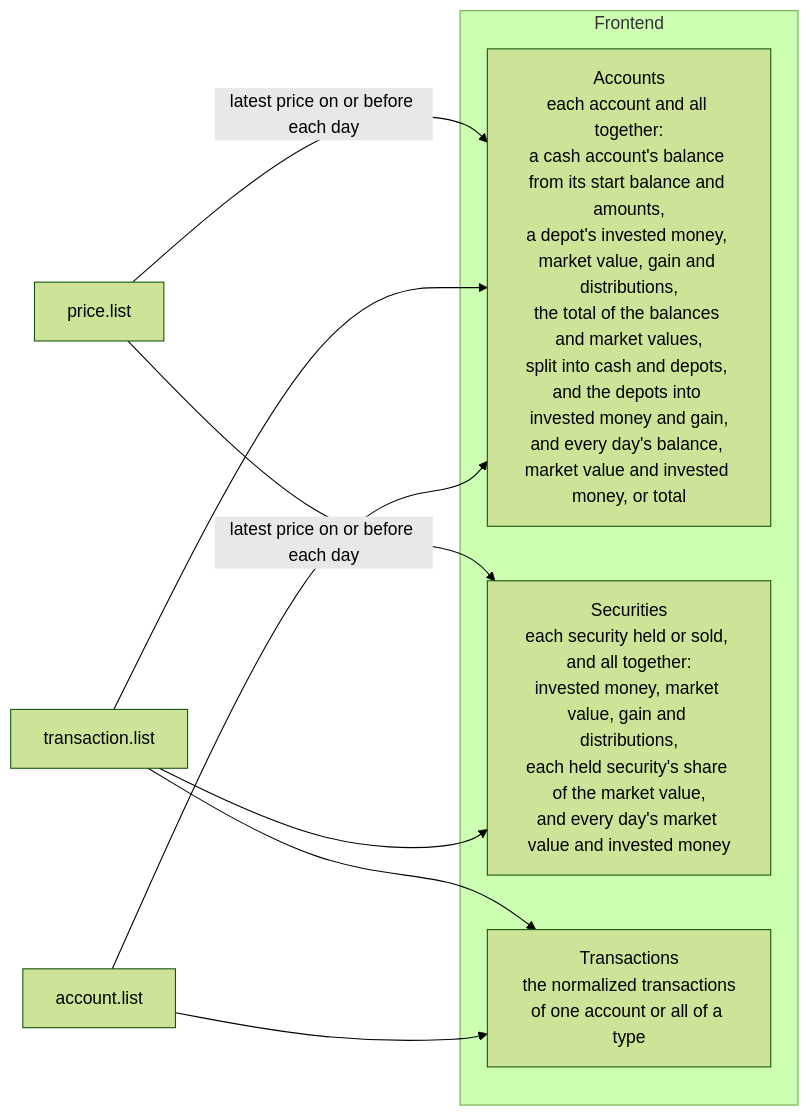
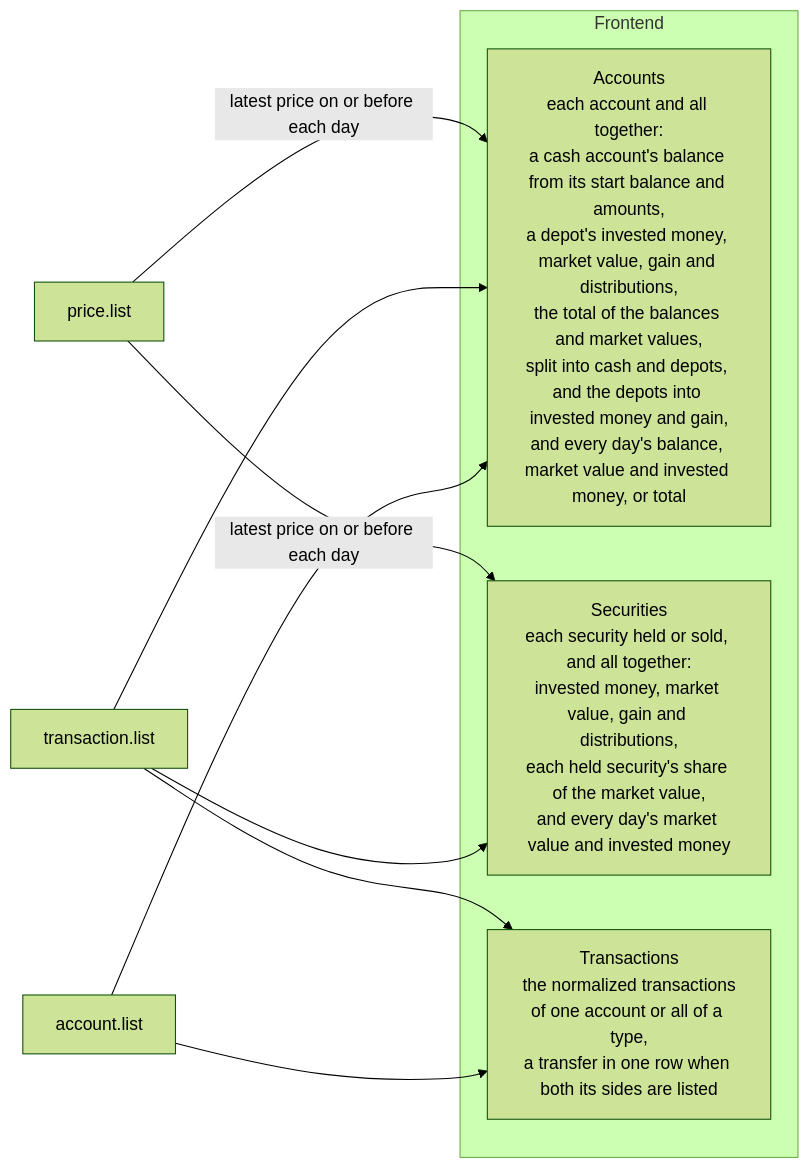
Before and after one commit to lennartmoeller/finance-tracker: the diagram in docs/contract/figures.md, drawn with Mermaid (forest theme). The commit also changed 17 other files, not shown here.

Commit message:
feat: show transfers between accounts as one row without brand or category (#58)

````diff
--- a/docs/contract/figures.md
+++ b/docs/contract/figures.md
@@ -3,17 +3,17 @@
 ```mermaid
 flowchart LR
   accounts["account.list"]
   transactions["transaction.list"]
   prices["price.list"]
   subgraph frontend["Frontend"]
     accountsView["Accounts<br/>each account and all together:<br/>a cash account's balance from its start balance and amounts,<br/>a depot's invested money, market value, gain and distributions,<br/>the total of the balances and market values,<br/>split into cash and depots, and the depots into invested money and gain,<br/>and every day's balance, market value and invested money, or total"]
     securities["Securities<br/>each security held or sold, and all together:<br/>invested money, market value, gain and distributions,<br/>each held security's share of the market value,<br/>and every day's market value and invested money"]
-    list["Transactions<br/>the normalized transactions<br/>of one account or all of a type"]
+    list["Transactions<br/>the normalized transactions<br/>of one account or all of a type,<br/>a transfer in one row when both its sides are listed"]
   end
   accounts --> accountsView
   accounts --> list
   transactions --> accountsView
   transactions --> securities
   transactions --> list
   prices -- "latest price on or before each day" --> accountsView & securities
 ```
````
